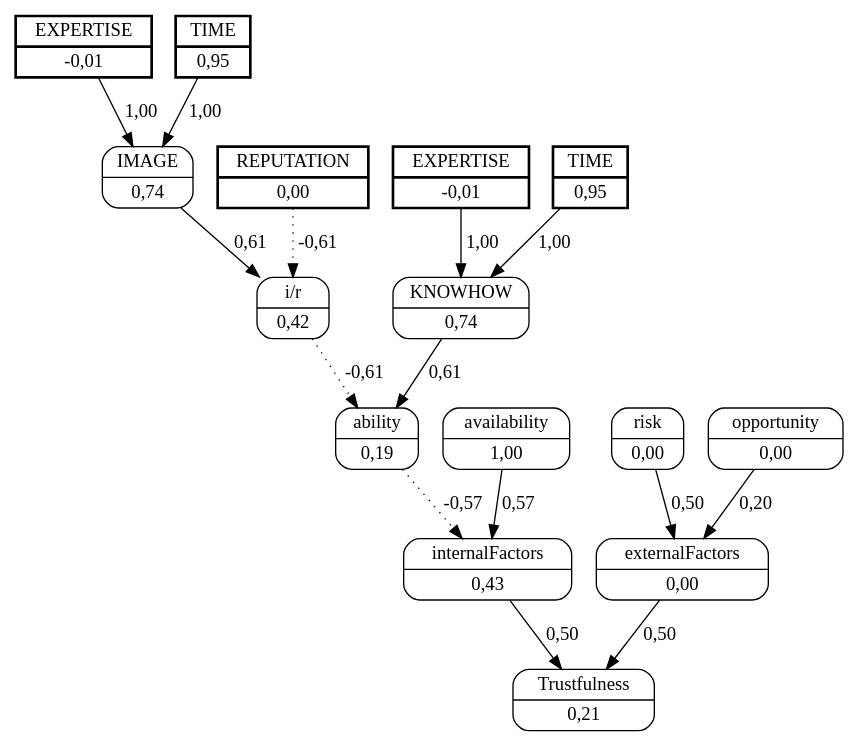
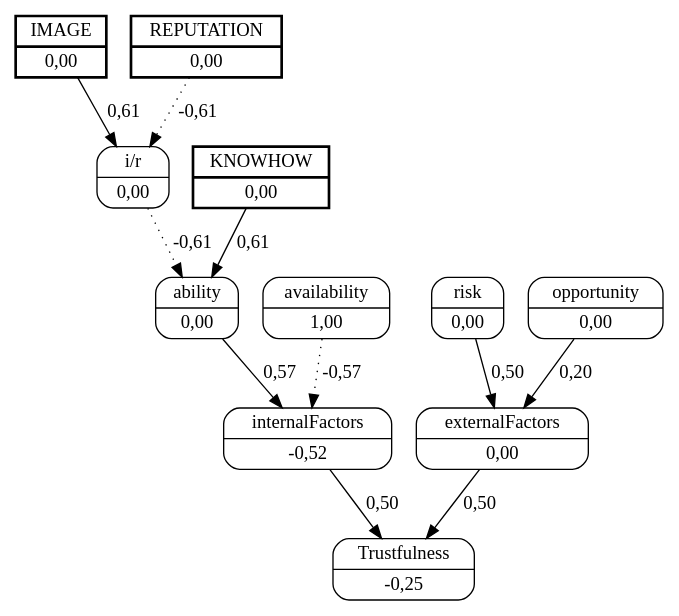
The diagram in unload_boxes/dots/worker_1helper_10.dot (jjbaqueta/unload_experiment), drawn with Graphviz before and after one commit. The commit also changed 297 other files, not shown here.

```diff
--- a/unload_boxes/dots/worker_1helper_10.dot
+++ b/unload_boxes/dots/worker_1helper_10.dot
@@ -1,34 +1,25 @@
 digraph FCM_net{
 	node [shape=record, style=rounded]
-	11 [label="{EXPERTISE | -0,01}", style=bold, penwidth=2, peripheries=2];
-	12 [label="{TIME | 0,95}", style=bold, penwidth=2, peripheries=2];
+	0 [label="{IMAGE | 0,00}", style=bold, penwidth=2, peripheries=2];
 	1 [label="{REPUTATION | 0,00}", style=bold, penwidth=2, peripheries=2];
-	13 [label="{EXPERTISE | -0,01}", style=bold, penwidth=2, peripheries=2];
-	14 [label="{TIME | 0,95}", style=bold, penwidth=2, peripheries=2];
-	0 [label="{IMAGE | 0,74}"];
-	1 [label="{REPUTATION | 0,00}"];
-	2 [label="{KNOWHOW | 0,74}"];
-	3 [label="{i/r | 0,42}"];
-	4 [label="{ability | 0,19}"];
+	2 [label="{KNOWHOW | 0,00}", style=bold, penwidth=2, peripheries=2];
+	0 [label="{IMAGE | 0,00}"];
+	3 [label="{i/r | 0,00}"];
+	4 [label="{ability | 0,00}"];
 	5 [label="{availability | 1,00}"];
-	6 [label="{internalFactors | 0,43}"];
+	6 [label="{internalFactors | -0,52}"];
 	7 [label="{risk | 0,00}"];
 	8 [label="{opportunity | 0,00}"];
 	9 [label="{externalFactors | 0,00}"];
-	10 [label="{Trustfulness | 0,21}"];
-	11 [label="{EXPERTISE | -0,01}"];
+	10 [label="{Trustfulness | -0,25}"];
 	0 -> 3 [label = "0,61"];
 	1 -> 3 [label = "-0,61", style=dotted];
 	3 -> 4 [label = "-0,61", style=dotted];
 	2 -> 4 [label = "0,61"];
-	4 -> 6 [label = "-0,57", style=dotted];
-	5 -> 6 [label = "0,57"];
+	4 -> 6 [label = "0,57"];
+	5 -> 6 [label = "-0,57", style=dotted];
 	6 -> 10 [label = "0,50"];
 	7 -> 9 [label = "0,50"];
 	8 -> 9 [label = "0,20"];
 	9 -> 10 [label = "0,50"];
-	11 -> 0 [label = "1,00"];
-	12 -> 0 [label = "1,00"];
-	13 -> 2 [label = "1,00"];
-	14 -> 2 [label = "1,00"];
 }
```
